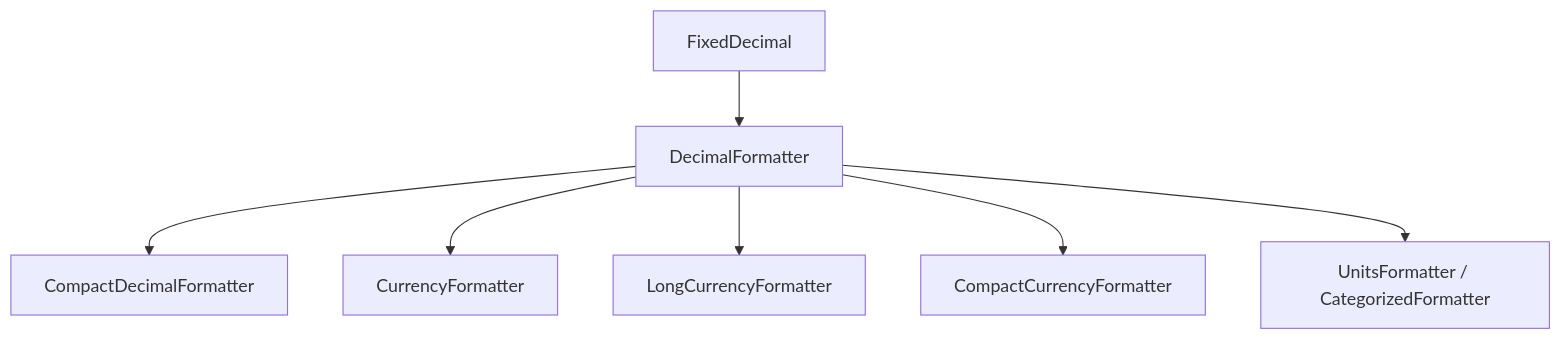
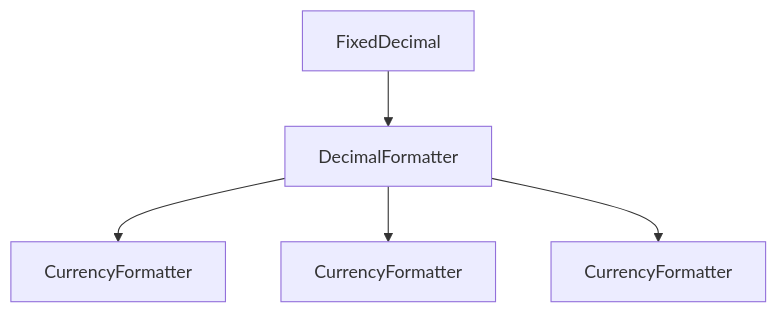
The diagram in icu4x/number_formatter.md (younies/design_docs), drawn with Mermaid before and after one commit. The commit also changed other lines of this file, not shown here.

Commit message:
fix the overview and the currency section

````diff
--- a/icu4x/number_formatter.md
+++ b/icu4x/number_formatter.md
@@ -11,9 +11,7 @@
 ```mermaid
 graph TD
     FD[FixedDecimal] --> DF[DecimalFormatter]
-    DF --> CDF[CompactDecimalFormatter]
-    DF --> CF[CurrencyFormatter]
-    DF --> LCF[LongCurrencyFormatter]
-    DF --> CCF[CompactCurrencyFormatter]
-    DF --> UF[UnitsFormatter / CategorizedFormatter]
+    DF --> CF["CurrencyFormatter<Decimal>"]
+    DF --> CSF["CurrencyFormatter<Scientific>"]
+    DF --> CCF["CurrencyFormatter<Compact>"]
 ```
````
